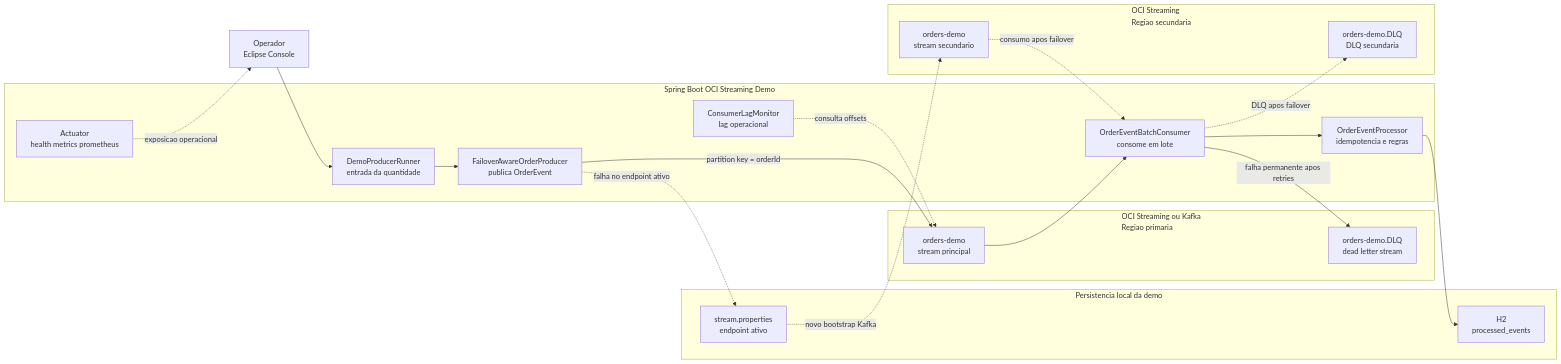
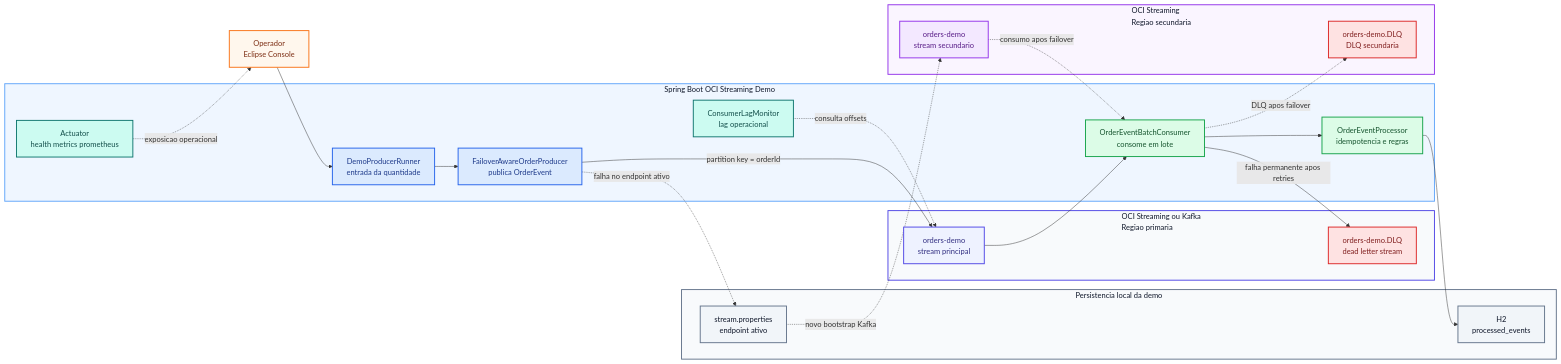
The first of 2 diagrams in README.md (SilvioCristiano/Resilient-HA-OCI-Streaming), drawn with Mermaid before and after one commit. The commit also changed other lines of this file, not shown here.

Commit message:
Improve README Mermaid diagrams styling

````diff
--- a/README.md
+++ b/README.md
@@ -36,42 +48,66 @@
 ```mermaid
 flowchart LR
     user["Operador<br/>Eclipse Console"] --> runner
 
     subgraph app["Spring Boot OCI Streaming Demo"]
         runner["DemoProducerRunner<br/>entrada da quantidade"]
         producer["FailoverAwareOrderProducer<br/>publica OrderEvent"]
         consumer["OrderEventBatchConsumer<br/>consome em lote"]
         processor["OrderEventProcessor<br/>idempotencia e regras"]
         lag["ConsumerLagMonitor<br/>lag operacional"]
         actuator["Actuator<br/>health metrics prometheus"]
     end
 
     subgraph primary["OCI Streaming ou Kafka<br/>Regiao primaria"]
         orders["orders-demo<br/>stream principal"]
         dlq["orders-demo.DLQ<br/>dead letter stream"]
     end
 
     subgraph storage["Persistencia local da demo"]
         h2["H2<br/>processed_events"]
         state["stream.properties<br/>endpoint ativo"]
     end
 
     subgraph secondary["OCI Streaming<br/>Regiao secundaria"]
         orders2["orders-demo<br/>stream secundario"]
         dlq2["orders-demo.DLQ<br/>DLQ secundaria"]
     end
 
     runner --> producer
     producer -- "partition key = orderId" --> orders
     orders --> consumer
     consumer --> processor
     processor --> h2
     consumer -- "falha permanente apos retries" --> dlq
     lag -. "consulta offsets" .-> orders
     actuator -. "exposicao operacional" .-> user
 
     producer -. "falha no endpoint ativo" .-> state
     state -. "novo bootstrap Kafka" .-> orders2
     orders2 -. "consumo apos failover" .-> consumer
     consumer -. "DLQ apos failover" .-> dlq2
+
+    classDef actorNode fill:#fff7ed,stroke:#f97316,color:#7c2d12,stroke-width:2px;
+    classDef producerNode fill:#dbeafe,stroke:#2563eb,color:#1e3a8a,stroke-width:2px;
+    classDef consumerNode fill:#dcfce7,stroke:#16a34a,color:#14532d,stroke-width:2px;
+    classDef streamNode fill:#eef2ff,stroke:#4f46e5,color:#312e81,stroke-width:2px;
+    classDef dlqNode fill:#fee2e2,stroke:#dc2626,color:#7f1d1d,stroke-width:2px;
+    classDef storageNode fill:#f1f5f9,stroke:#64748b,color:#0f172a,stroke-width:2px;
+    classDef monitoringNode fill:#ccfbf1,stroke:#0f766e,color:#134e4a,stroke-width:2px;
+    classDef secondaryNode fill:#f3e8ff,stroke:#9333ea,color:#581c87,stroke-width:2px;
+
+    class user actorNode;
+    class runner,producer producerNode;
+    class consumer,processor consumerNode;
+    class orders streamNode;
+    class dlq dlqNode;
+    class h2,state storageNode;
+    class lag,actuator monitoringNode;
+    class orders2 secondaryNode;
+    class dlq2 dlqNode;
+
+    style app fill:#eff6ff,stroke:#60a5fa,stroke-width:2px,color:#0f172a
+    style primary fill:#f8fafc,stroke:#4f46e5,stroke-width:2px,color:#0f172a
+    style storage fill:#f8fafc,stroke:#64748b,stroke-width:2px,color:#0f172a
+    style secondary fill:#faf5ff,stroke:#9333ea,stroke-width:2px,color:#0f172a
 ```
````
